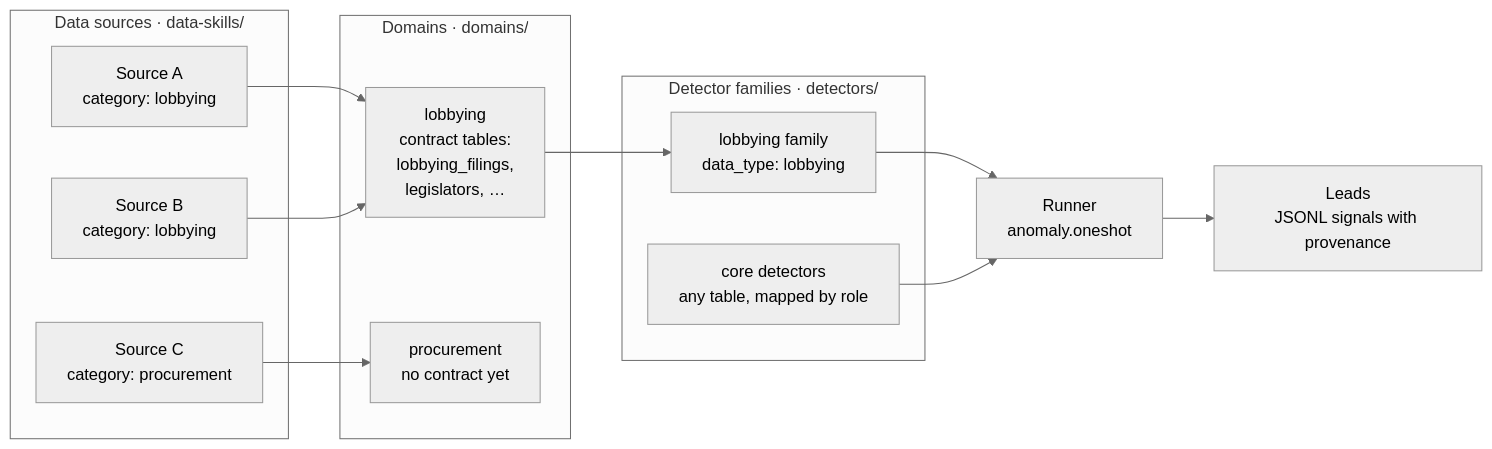
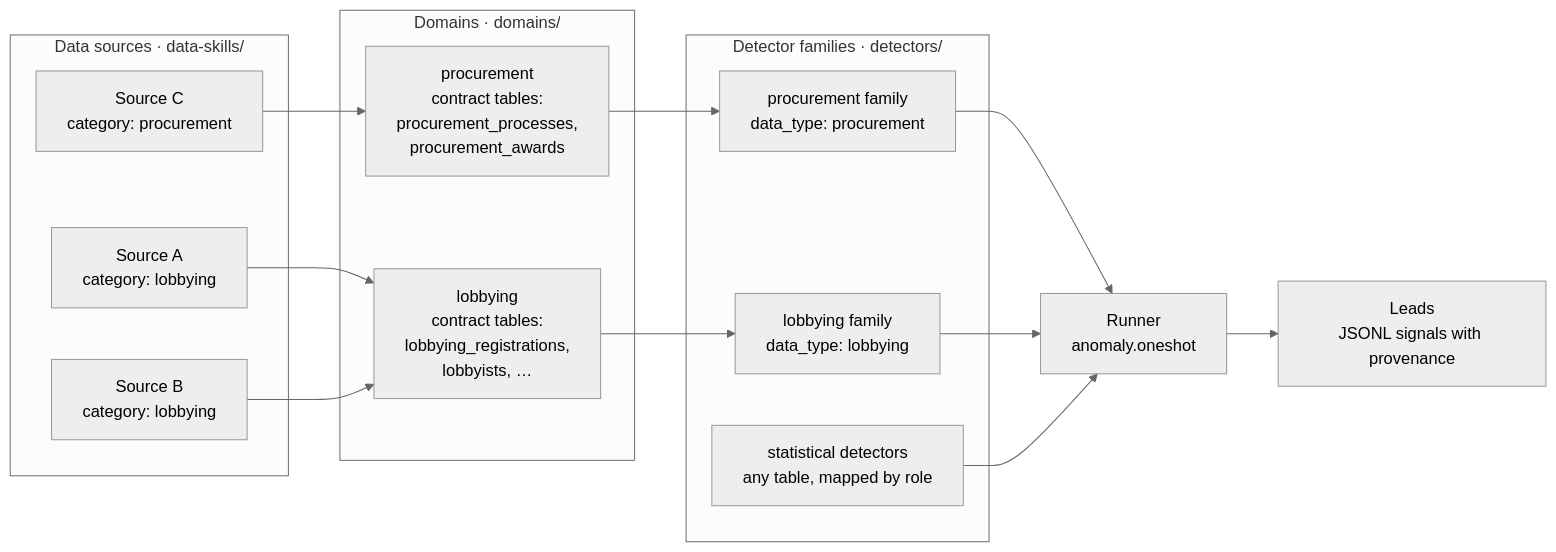
One commit to buriedsignals/Anomaly changed the diagram in README.md. Above: the diagram before and after it, drawn with Mermaid (neutral theme). The commit also changed other lines of this file and 185 other files, not shown here.

First line of the commit message:
Per-type detectors: lobbying v2 across registers, procurement, campaign finance (#13)

````diff
--- a/README.md
+++ b/README.md
@@ -34,23 +34,26 @@
 ```mermaid
 flowchart LR
     subgraph S["Data sources · data-skills/"]
         S1["Source A<br/>category: lobbying"]
         S2["Source B<br/>category: lobbying"]
         S3["Source C<br/>category: procurement"]
     end
     subgraph D["Domains · domains/"]
-        D1["lobbying<br/>contract tables:<br/>lobbying_filings,<br/>legislators, …"]
-        D2["procurement<br/>no contract yet"]
+        D1["lobbying<br/>contract tables:<br/>lobbying_registrations,<br/>lobbyists, …"]
+        D2["procurement<br/>contract tables:<br/>procurement_processes,<br/>procurement_awards"]
     end
     subgraph F["Detector families · detectors/"]
         F1["lobbying family<br/>data_type: lobbying"]
-        F0["core detectors<br/>any table, mapped by role"]
+        F2["procurement family<br/>data_type: procurement"]
+        F0["statistical detectors<br/>any table, mapped by role"]
     end
     S1 --> D1
     S2 --> D1
     S3 --> D2
     D1 --> F1
+    D2 --> F2
+    F2 --> R
     F1 --> R["Runner<br/>anomaly.oneshot"]
     F0 --> R
     R --> L["Leads<br/>JSONL signals with provenance"]
 ```
````
